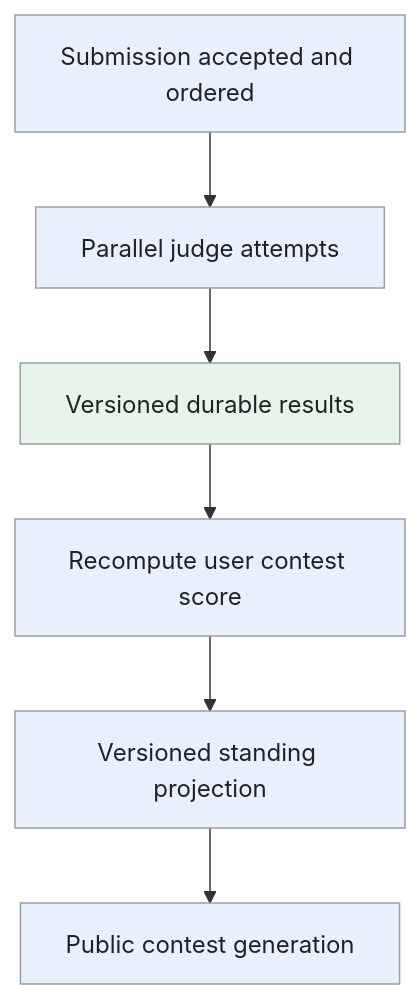
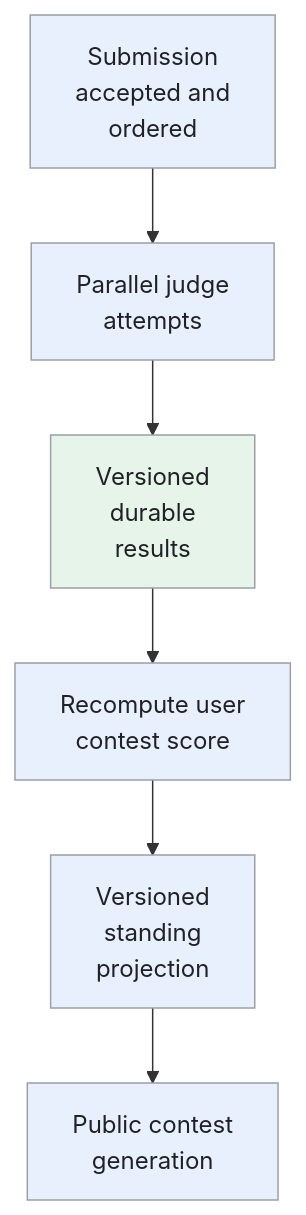
One commit to iliazlobin/iliazlobin.github.io changed the fifth of 5 diagrams in _designs/system-design-leetcode.md. Above: the diagram before and after it, drawn with Mermaid. The commit also changed other lines of this file and 116 other files, not shown here.

````diff
--- a/_designs/system-design-leetcode.md
+++ b/_designs/system-design-leetcode.md
@@ -307,13 +329,13 @@
 ```mermaid
 flowchart TB
-  S["Submission accepted and ordered"] --> J["Parallel judge attempts"]
-  J --> D["Versioned durable results"]
-  D --> P["Recompute user contest score"]
-  P --> V["Versioned standing projection"]
-  V --> C["Public contest generation"]
+  S["Submission<br>accepted and<br>ordered"] --> J["Parallel judge<br>attempts"]
+  J --> D["Versioned<br>durable<br>results"]
+  D --> P["Recompute user<br>contest score"]
+  P --> V["Versioned<br>standing<br>projection"]
+  V --> C["Public contest<br>generation"]
   classDef request fill:#e8f0fe,stroke:#9aa0a6,color:#202124,stroke-width:1px
   classDef background fill:#e6f4ea,stroke:#9aa0a6,color:#202124,stroke-width:1px
   classDef control fill:#fef7e0,stroke:#9aa0a6,color:#202124,stroke-width:1px
   class S,J,P,V,C request
   class D background
 ```
````
